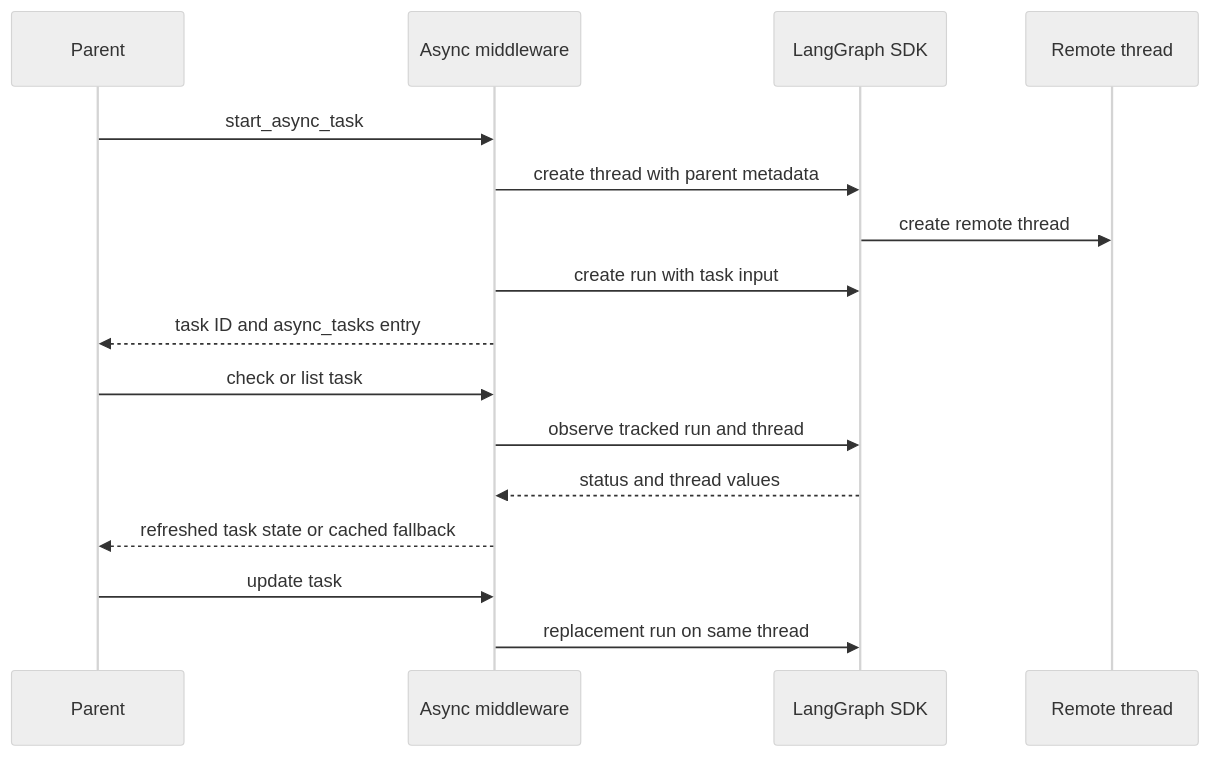
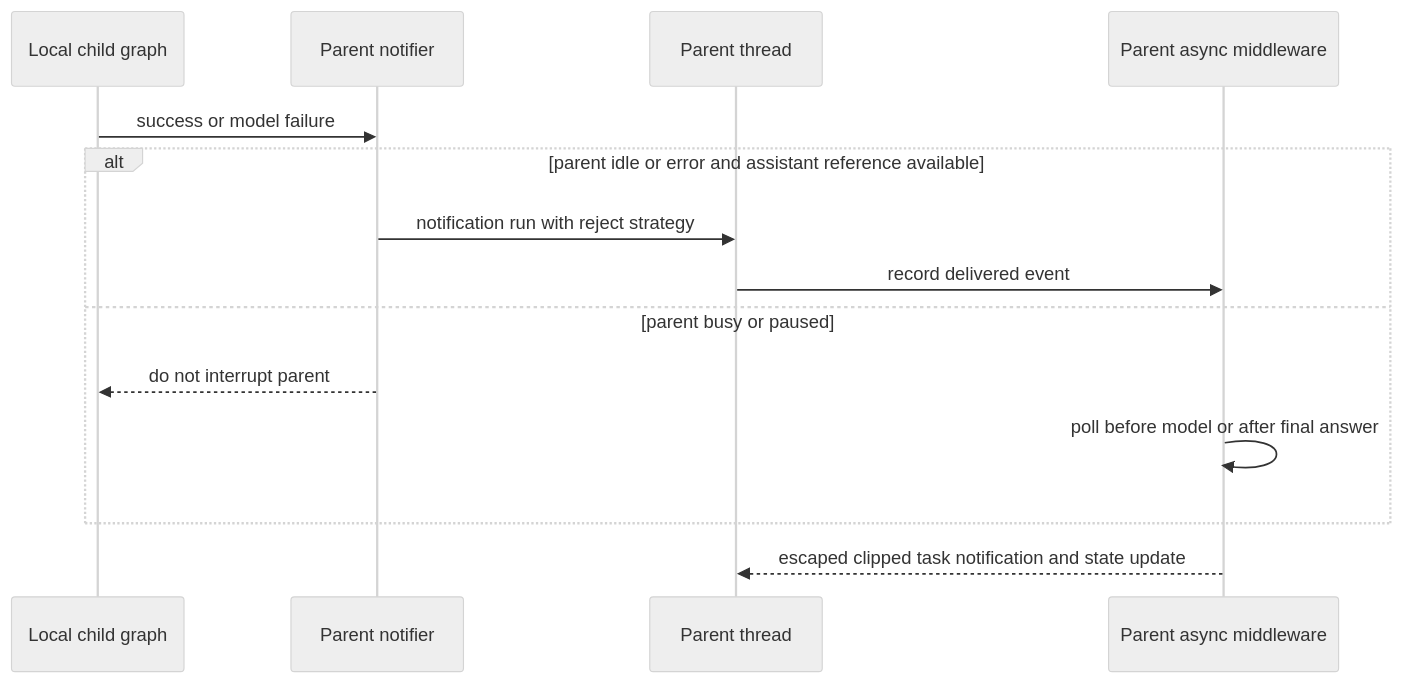
One commit to langchain-ai/deepagents changed the fourth of 4 diagrams in openwiki/architecture/runtime-behavior.md. Above: the diagram before and after it, drawn with Mermaid (neutral theme). The commit also changed other lines of this file and 47 other files, not shown here.

````diff
--- a/openwiki/architecture/runtime-behavior.md
+++ b/openwiki/architecture/runtime-behavior.md
@@ -179,18 +135,16 @@
 ```mermaid
 sequenceDiagram
-    participant Parent
-    participant AsyncTools as Async middleware
-    participant SDK as LangGraph SDK
-    participant Child as Remote thread
-    Parent->>AsyncTools: start_async_task
-    AsyncTools->>SDK: create thread with parent metadata
-    SDK->>Child: create remote thread
-    AsyncTools->>SDK: create run with task input
-    AsyncTools-->>Parent: task ID and async_tasks entry
-    Parent->>AsyncTools: check or list task
-    AsyncTools->>SDK: observe tracked run and thread
-    SDK-->>AsyncTools: status and thread values
-    AsyncTools-->>Parent: refreshed task state or cached fallback
-    Parent->>AsyncTools: update task
-    AsyncTools->>SDK: replacement run on same thread
+    participant Child as Local child graph
+    participant Notifier as Parent notifier
+    participant Lead as Parent thread
+    participant Poller as Parent async middleware
+    Child->>Notifier: success or model failure
+    alt parent idle or error and assistant reference available
+        Notifier->>Lead: notification run with reject strategy
+        Lead->>Poller: record delivered event
+    else parent busy or paused
+        Notifier-->>Child: do not interrupt parent
+        Poller->>Poller: poll before model or after final answer
+    end
+    Poller-->>Lead: escaped clipped task notification and state update
 ```
````
